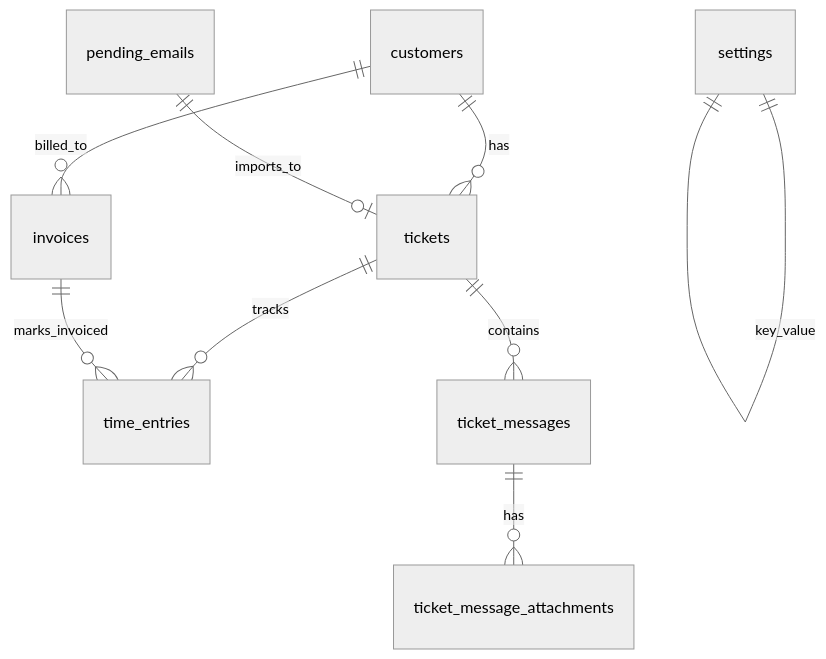
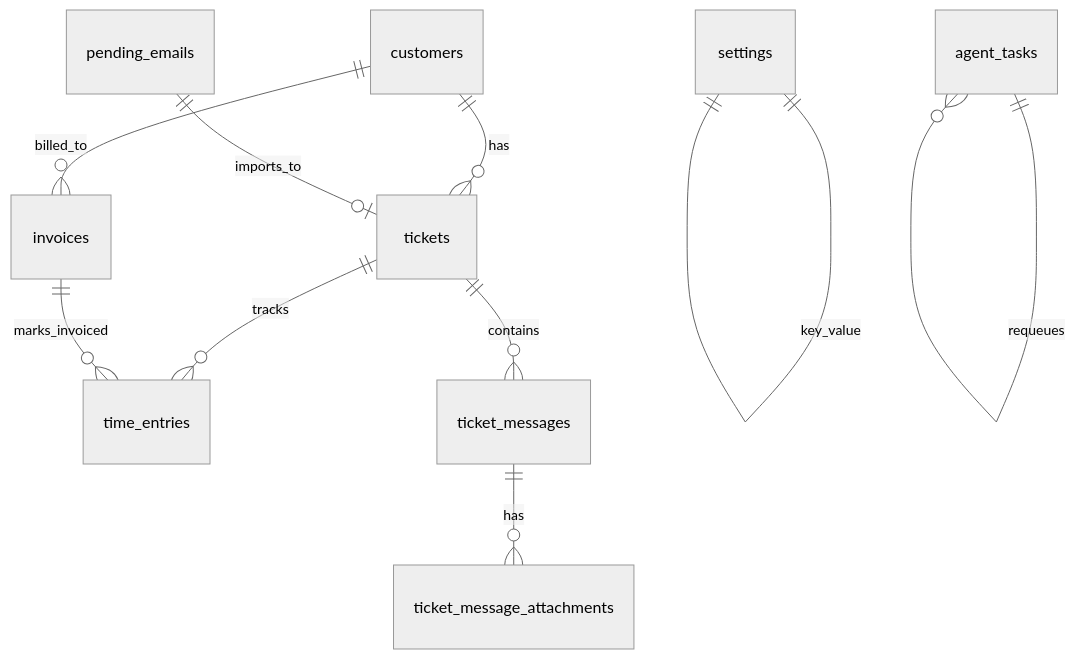
One commit to bigberryj/geekshop-hq changed the diagram in docs/schema.md. Above: the diagram before and after it, drawn with Mermaid (neutral theme). The commit also changed other lines of this file and 19 other files, not shown here.

````diff
--- a/docs/schema.md
+++ b/docs/schema.md
@@ -7,11 +7,12 @@
 ```mermaid
 erDiagram
   customers ||--o{ tickets : has
   customers ||--o{ invoices : billed_to
   tickets ||--o{ time_entries : tracks
   tickets ||--o{ ticket_messages : contains
   ticket_messages ||--o{ ticket_message_attachments : has
   pending_emails ||--o| tickets : imports_to
   invoices ||--o{ time_entries : marks_invoiced
   settings ||--|| settings : key_value
+  agent_tasks ||--o{ agent_tasks : requeues
 ```
````
